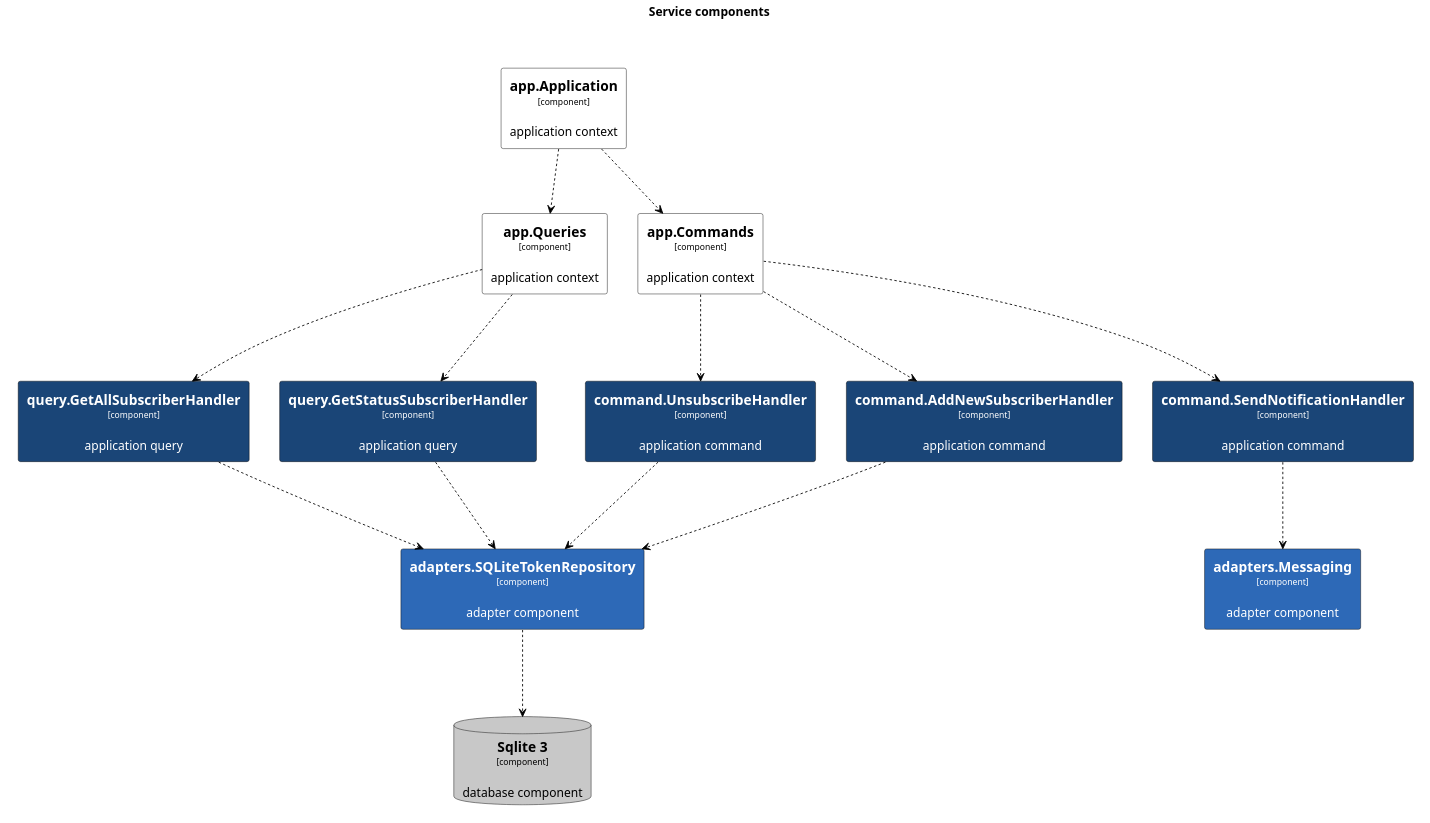
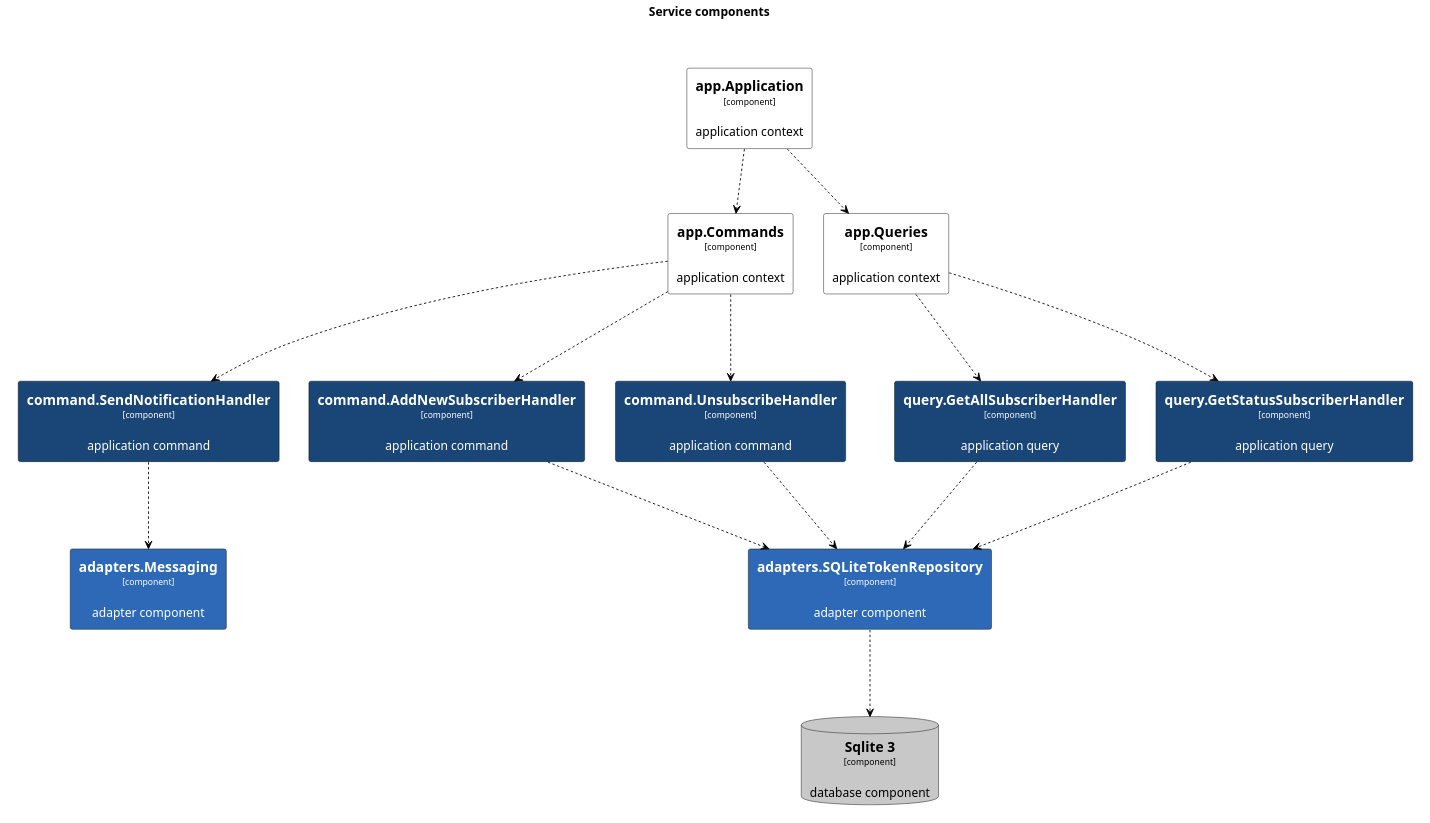
One commit to jerensl/api.jerenslensun.com changed the diagram in tools/c4/out/view-notification.plantuml. Above: the diagram before and after it, drawn with PlantUML. The commit also changed 8 other files, not shown here.

```diff
--- a/tools/c4/out/view-notification.plantuml
+++ b/tools/c4/out/view-notification.plantuml
@@ -4,98 +4,98 @@
 @startuml
 
 title Service components
 
 skinparam {
   shadowing false
   arrowFontSize 10
   defaultTextAlignment center
   wrapWidth 200
   maxMessageSize 100
 }
 hide stereotype
 top to bottom direction
 
 scale 4096 width
 
 skinparam rectangle<<_GROUP>> {
   FontColor #ffffff
   BorderColor #ffffff
 }
 
 skinparam rectangle<<ROOT>> {
   BackgroundColor #ffffff
   FontColor #000000
   BorderColor #000000
 }
 
 skinparam rectangle<<APP>> {
   BackgroundColor #1a4577
   FontColor #ffffff
   BorderColor #000000
 }
 
 skinparam rectangle<<ADAPTER>> {
   BackgroundColor #2d69b7
   FontColor #ffffff
   BorderColor #000000
 }
 
 skinparam rectangle<<DOMAIN>> {
   BackgroundColor #ffffff
   FontColor #000000
   BorderColor #000000
 }
 
 skinparam database<<DB>> {
   BackgroundColor #c8c8c8
   FontColor #000000
   BorderColor #000000
 }
 
 rectangle 0ROOT <<_GROUP>> {
+	rectangle "==app.Commands\n<size:10>[component]</size>\n\napplication context" <<ROOT>> as 2640234945
+}
+rectangle 0ROOT <<_GROUP>> {
 	rectangle "==app.Application\n<size:10>[component]</size>\n\napplication context" <<ROOT>> as 3014183467
 }
 rectangle 0ROOT <<_GROUP>> {
 	rectangle "==app.Queries\n<size:10>[component]</size>\n\napplication context" <<ROOT>> as 1654094325
 }
-rectangle 0ROOT <<_GROUP>> {
-	rectangle "==app.Commands\n<size:10>[component]</size>\n\napplication context" <<ROOT>> as 2640234945
-}
-3014183467 .[#000000].> 2640234945 : ""
-3014183467 .[#000000].> 1654094325 : ""
-rectangle 16540943251APP <<_GROUP>> {
-	rectangle "==query.GetStatusSubscriberHandler\n<size:10>[component]</size>\n\napplication query" <<APP>> as 1339924498
-}
-1654094325 .[#000000].> 1339924498 : ""
-rectangle 16540943251APP <<_GROUP>> {
-	rectangle "==query.GetAllSubscriberHandler\n<size:10>[component]</size>\n\napplication query" <<APP>> as 1245755489
-}
-1654094325 .[#000000].> 1245755489 : ""
 rectangle 26402349451APP <<_GROUP>> {
 	rectangle "==command.AddNewSubscriberHandler\n<size:10>[component]</size>\n\napplication command" <<APP>> as 256448832
 }
 2640234945 .[#000000].> 256448832 : ""
 rectangle 26402349451APP <<_GROUP>> {
 	rectangle "==command.SendNotificationHandler\n<size:10>[component]</size>\n\napplication command" <<APP>> as 2889279572
 }
 2640234945 .[#000000].> 2889279572 : ""
 rectangle 26402349451APP <<_GROUP>> {
 	rectangle "==command.UnsubscribeHandler\n<size:10>[component]</size>\n\napplication command" <<APP>> as 3563315582
 }
 2640234945 .[#000000].> 3563315582 : ""
-rectangle 12457554892ADAPTER <<_GROUP>> {
+3014183467 .[#000000].> 2640234945 : ""
+3014183467 .[#000000].> 1654094325 : ""
+rectangle 16540943251APP <<_GROUP>> {
+	rectangle "==query.GetStatusSubscriberHandler\n<size:10>[component]</size>\n\napplication query" <<APP>> as 1339924498
+}
+1654094325 .[#000000].> 1339924498 : ""
+rectangle 16540943251APP <<_GROUP>> {
+	rectangle "==query.GetAllSubscriberHandler\n<size:10>[component]</size>\n\napplication query" <<APP>> as 1245755489
+}
+1654094325 .[#000000].> 1245755489 : ""
+rectangle 2564488322ADAPTER <<_GROUP>> {
 	rectangle "==adapters.SQLiteTokenRepository\n<size:10>[component]</size>\n\nadapter component" <<ADAPTER>> as 1114428475
 }
-1245755489 .[#000000].> 1114428475 : ""
 256448832 .[#000000].> 1114428475 : ""
 rectangle 28892795722ADAPTER <<_GROUP>> {
 	rectangle "==adapters.Messaging\n<size:10>[component]</size>\n\nadapter component" <<ADAPTER>> as 1121295562
 }
 2889279572 .[#000000].> 1121295562 : ""
 3563315582 .[#000000].> 1114428475 : ""
 1339924498 .[#000000].> 1114428475 : ""
+1245755489 .[#000000].> 1114428475 : ""
 rectangle 11144284753DB <<_GROUP>> {
 	database "==Sqlite 3\n<size:10>[component]</size>\n\ndatabase component" <<DB>> as 2896215565
 }
 1114428475 .[#000000].> 2896215565 : ""
 @enduml
```
